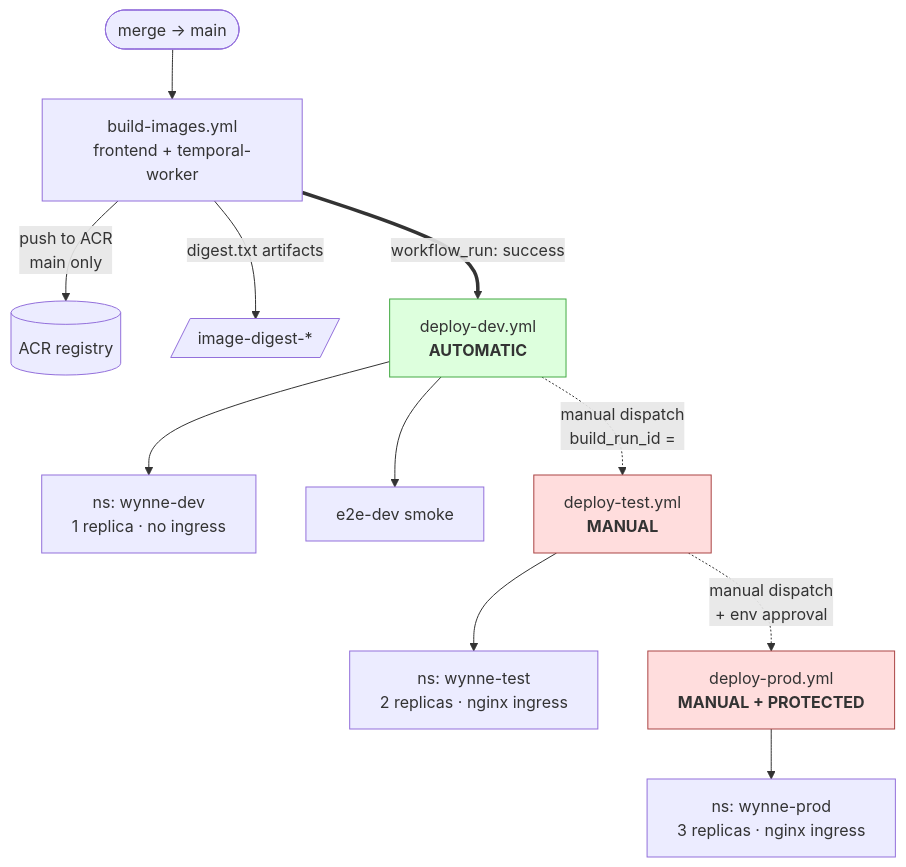
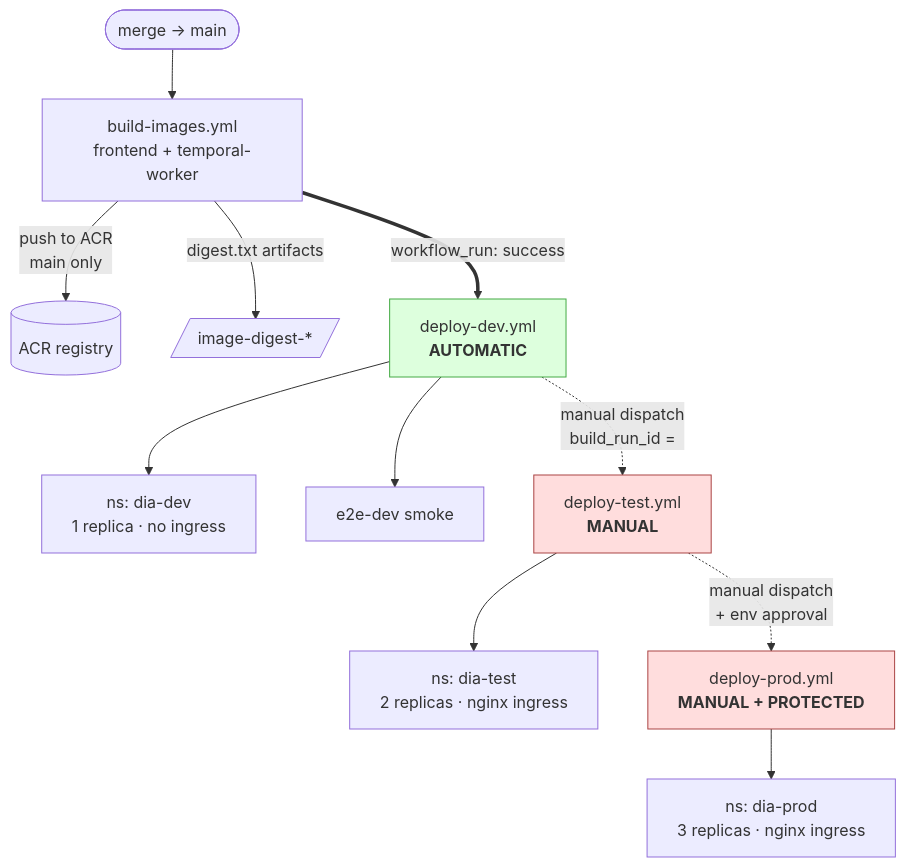
The eighth of 9 diagrams in docs/architecture/ci-cd-pipelines.md (rodrigoreisdealernet/dealernet-agents), drawn with Mermaid before and after one commit. The commit also changed other lines of this file and 363 other files, not shown here.

First line of the commit message:
rebrand: Wynne -> DIA (Dealernet Intelligence Agents); drop lvl-3/level-3-v2

````diff
--- a/docs/architecture/ci-cd-pipelines.md
+++ b/docs/architecture/ci-cd-pipelines.md
@@ -626,21 +626,21 @@
 ```mermaid
 flowchart TB
     merge(["merge → main"]) --> build["build-images.yml<br/>frontend + temporal-worker"]
     build -->|push to ACR<br/>main only| acr[("ACR registry")]
     build -->|digest.txt artifacts| dig[/"image-digest-*"/]
 
     build ==>|workflow_run: success| dev["deploy-dev.yml<br/><b>AUTOMATIC</b>"]
-    dev --> devns["ns: wynne-dev<br/>1 replica · no ingress"]
+    dev --> devns["ns: dia-dev<br/>1 replica · no ingress"]
     dev --> e2e["e2e-dev smoke"]
 
     dev -.->|"manual dispatch<br/>build_run_id ="| test["deploy-test.yml<br/><b>MANUAL</b>"]
-    test --> testns["ns: wynne-test<br/>2 replicas · nginx ingress"]
+    test --> testns["ns: dia-test<br/>2 replicas · nginx ingress"]
 
     test -.->|"manual dispatch<br/>+ env approval"| prod["deploy-prod.yml<br/><b>MANUAL + PROTECTED</b>"]
-    prod --> prodns["ns: wynne-prod<br/>3 replicas · nginx ingress"]
+    prod --> prodns["ns: dia-prod<br/>3 replicas · nginx ingress"]
 
     classDef auto fill:#dfd,stroke:#4a4;
     classDef man fill:#fdd,stroke:#a44;
     class dev auto;
     class test,prod man;
 ```
````
